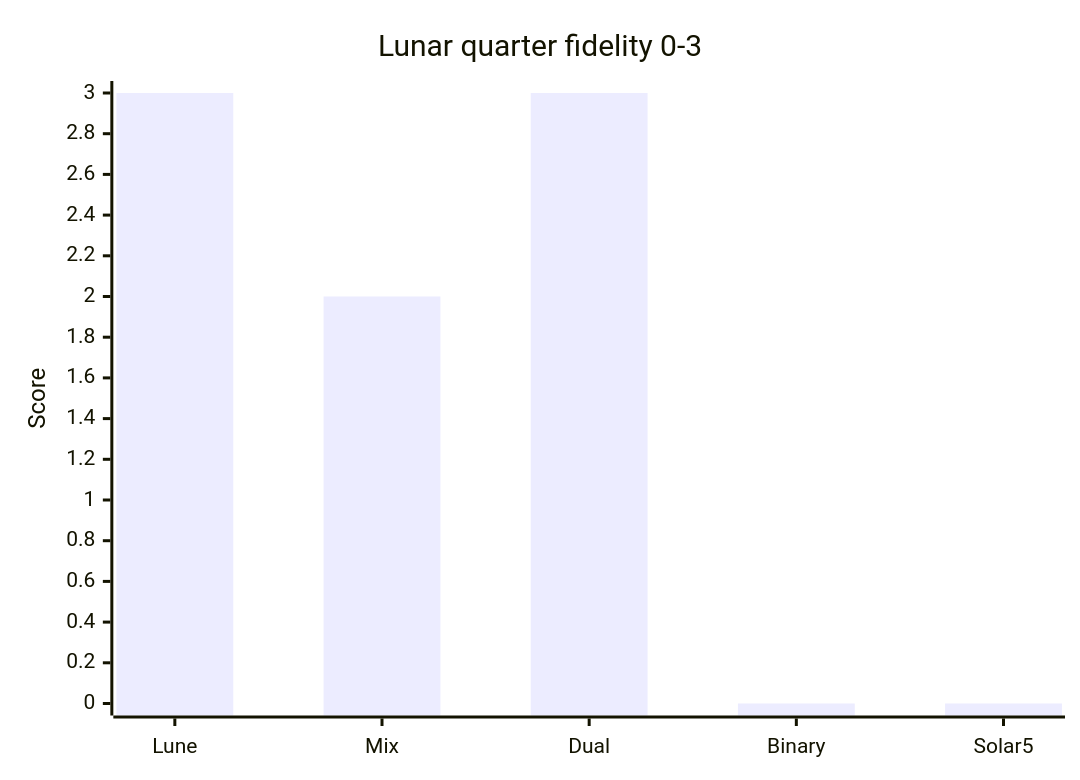
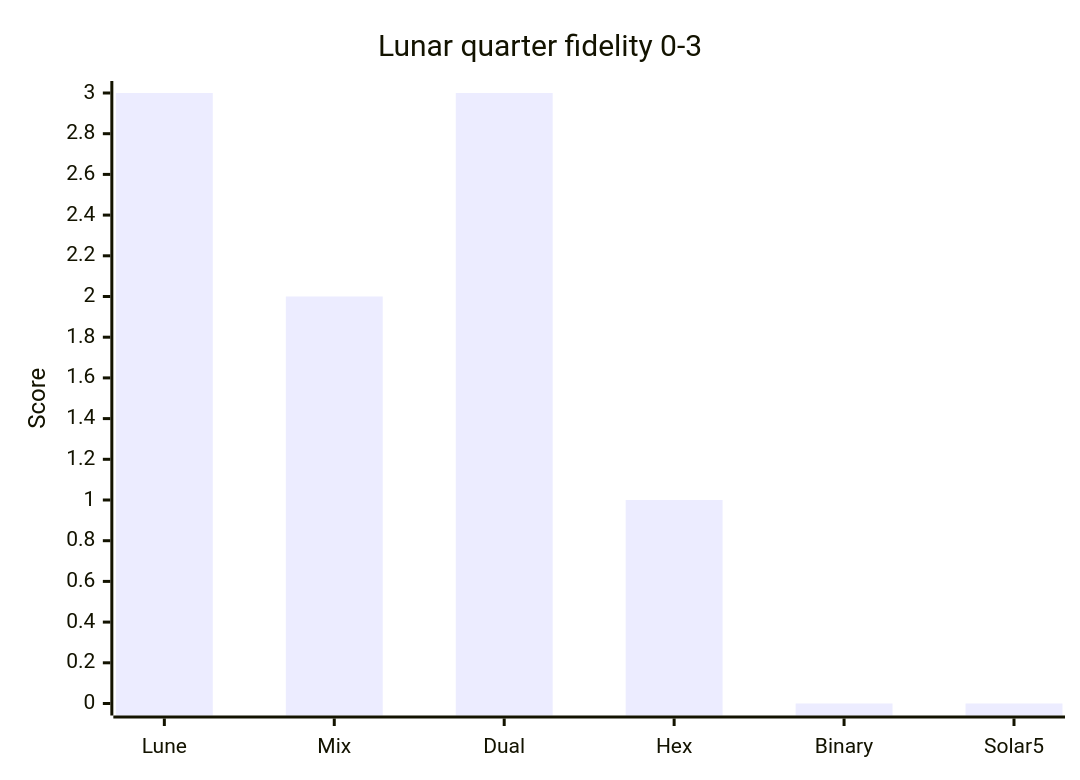
Before and after one commit to ProgrammerNomad/Epact: the third of 4 diagrams in 06-visual/systems-quadrant.md, drawn with Mermaid. The commit also changed other lines of this file and 23 other files, not shown here.

````diff
--- a/06-visual/systems-quadrant.md
+++ b/06-visual/systems-quadrant.md
@@ -52,7 +54,7 @@
 ```mermaid
 xychart
     title "Lunar quarter fidelity 0-3"
-    x-axis ["Lune", "Mix", "Dual", "Binary", "Solar5"]
+    x-axis ["Lune", "Mix", "Dual", "Hex", "Binary", "Solar5"]
     y-axis "Score" 0 --> 3
-    bar [3, 2, 3, 0, 0]
+    bar [3, 2, 3, 1, 0, 0]
 ```
````
